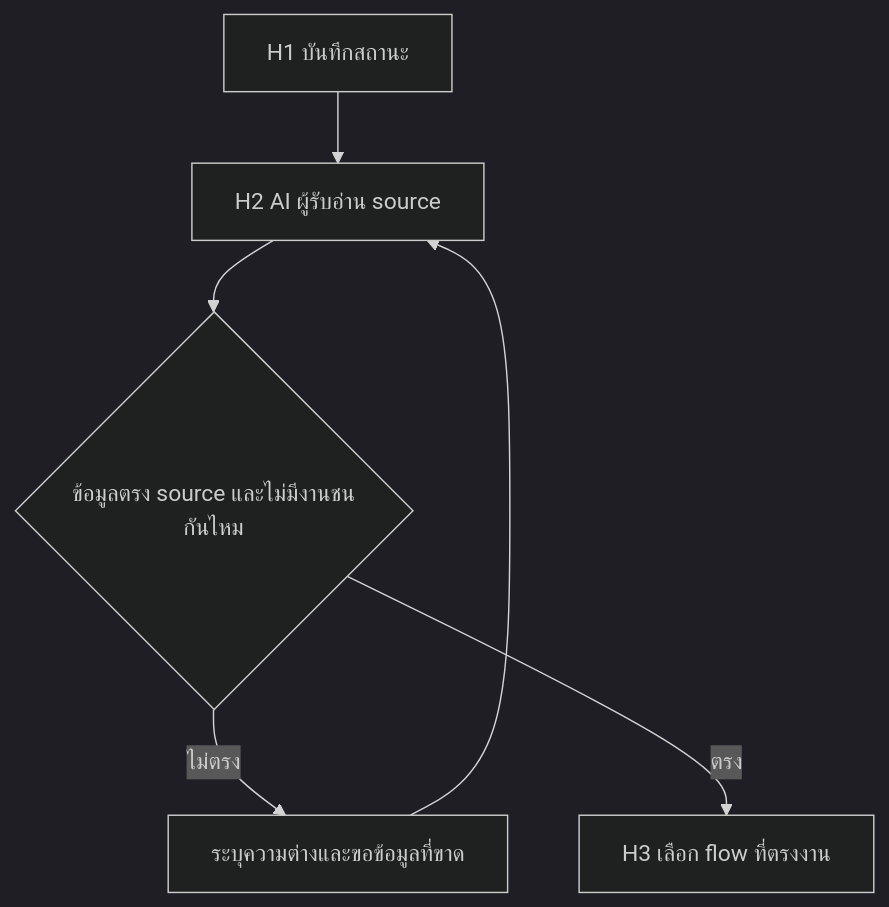
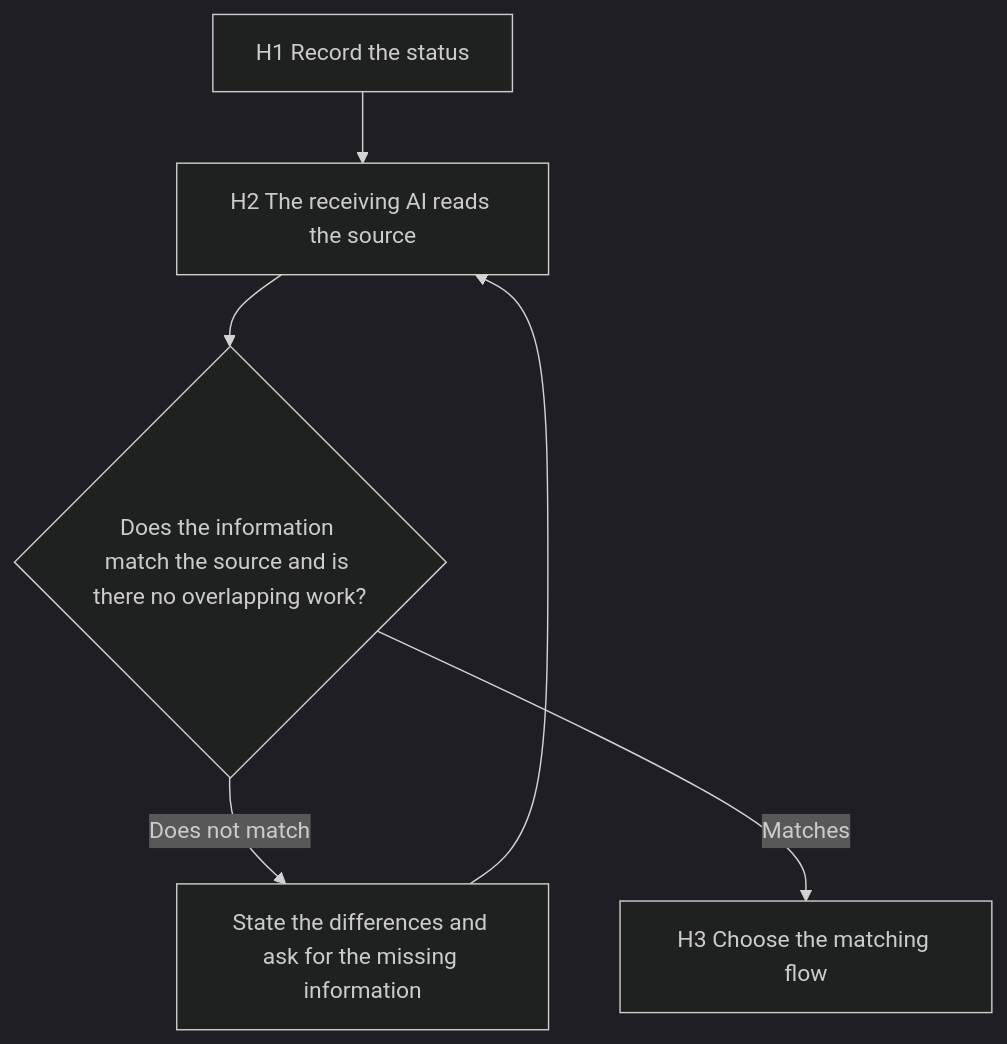
The seventh of 7 diagrams in design-system/rules/workflow-map.md (PraewNAT/cariva-design-workspace), drawn with Mermaid (dark theme) before and after one commit. The commit also changed other lines of this file and 190 other files, not shown here.

````diff
--- a/design-system/rules/workflow-map.md
+++ b/design-system/rules/workflow-map.md
@@ -195,9 +195,9 @@
 ```mermaid
 flowchart TD
-    H1["H1 บันทึกสถานะ"]
-    H2["H2 AI ผู้รับอ่าน source"]
-    H3["H3 เลือก flow ที่ตรงงาน"]
-    H1 --> H2 --> Q{ข้อมูลตรง source และไม่มีงานชนกันไหม}
-    Q -->|ไม่ตรง| A[ระบุความต่างและขอข้อมูลที่ขาด] --> H2
-    Q -->|ตรง| H3
+    H1["H1 Record the status"]
+    H2["H2 The receiving AI reads the source"]
+    H3["H3 Choose the matching flow"]
+    H1 --> H2 --> Q{Does the information match the source and is there no overlapping work?}
+    Q -->|Does not match| A[State the differences and ask for the missing information] --> H2
+    Q -->|Matches| H3
 ```
````
